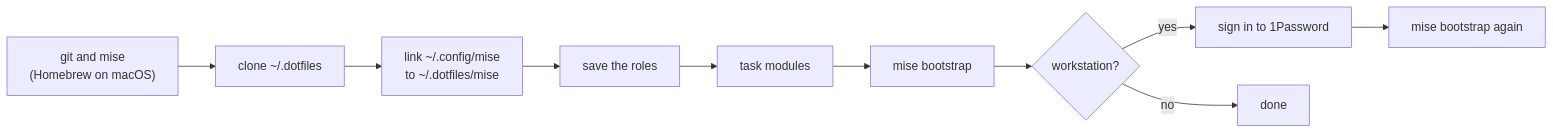
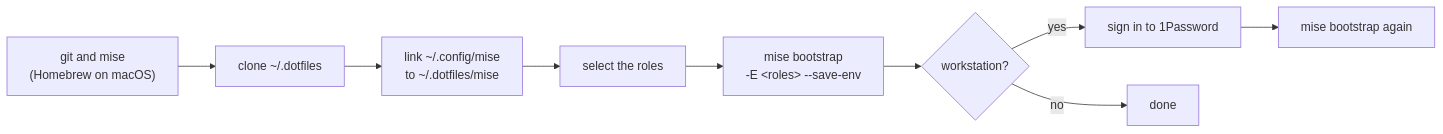
The first of 3 diagrams in README.md (owpac/dotfiles), drawn with Mermaid before and after one commit. The commit also changed other lines of this file and 14 other files, not shown here.

First line of the commit message:
feat(mise): select the modules with env_sets

````diff
--- a/README.md
+++ b/README.md
@@ -37,11 +37,10 @@
 ```mermaid
 flowchart LR
   A["git and mise<br/>(Homebrew on macOS)"] --> B[clone ~/.dotfiles]
   B --> C["link ~/.config/mise<br/>to ~/.dotfiles/mise"]
-  C --> D[save the roles]
-  D --> E[task modules]
-  E --> F[mise bootstrap]
+  C --> D[select the roles]
+  D --> F["mise bootstrap<br/>-E &lt;roles&gt; --save-env"]
   F --> G{workstation?}
   G -- yes --> H[sign in to 1Password] --> I[mise bootstrap again]
   G -- no --> K[done]
 ```
````
